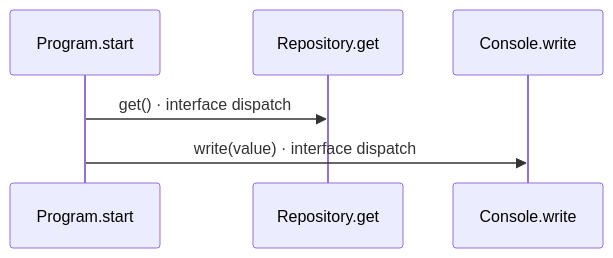
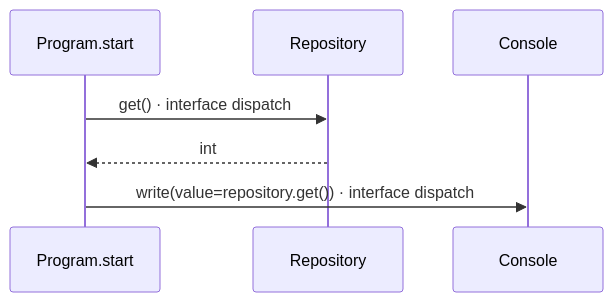
Before and after one commit to GreenPandaStudios/augscript: the third of 3 diagrams in docs/examples/generic-di/types-diagrams.md, drawn with Mermaid. The commit also changed other lines of this file and 524 other files, not shown here.

Commit message:
Explain checked data flow at folder and service levels

````diff
--- a/docs/examples/generic-di/types-diagrams.md
+++ b/docs/examples/generic-di/types-diagrams.md
@@ -110,8 +90,9 @@
 ```mermaid
 sequenceDiagram
     participant p0 as Program.start
-    participant p1 as Repository.get
-    participant p2 as Console.write
+    participant p1 as Repository
+    participant p2 as Console
     p0->>p1: get() · interface dispatch
-    p0->>p2: write(value) · interface dispatch
+    p1-->>p0: int
+    p0->>p2: write(value=repository.get()) · interface dispatch
 ```
````
